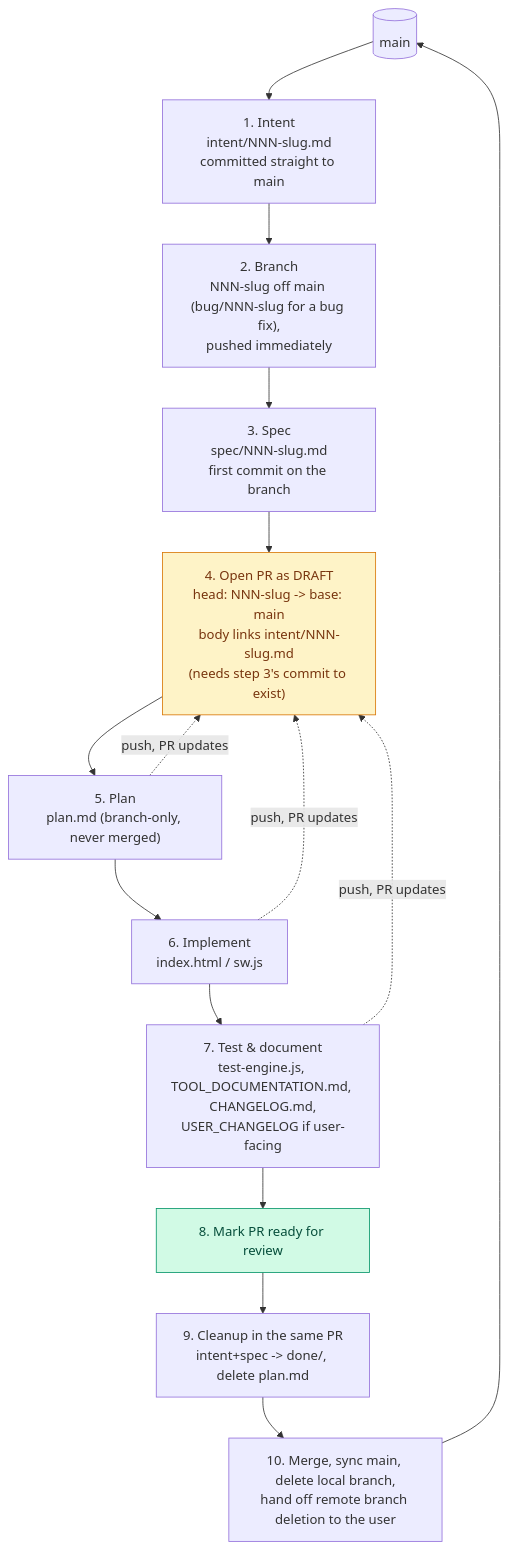
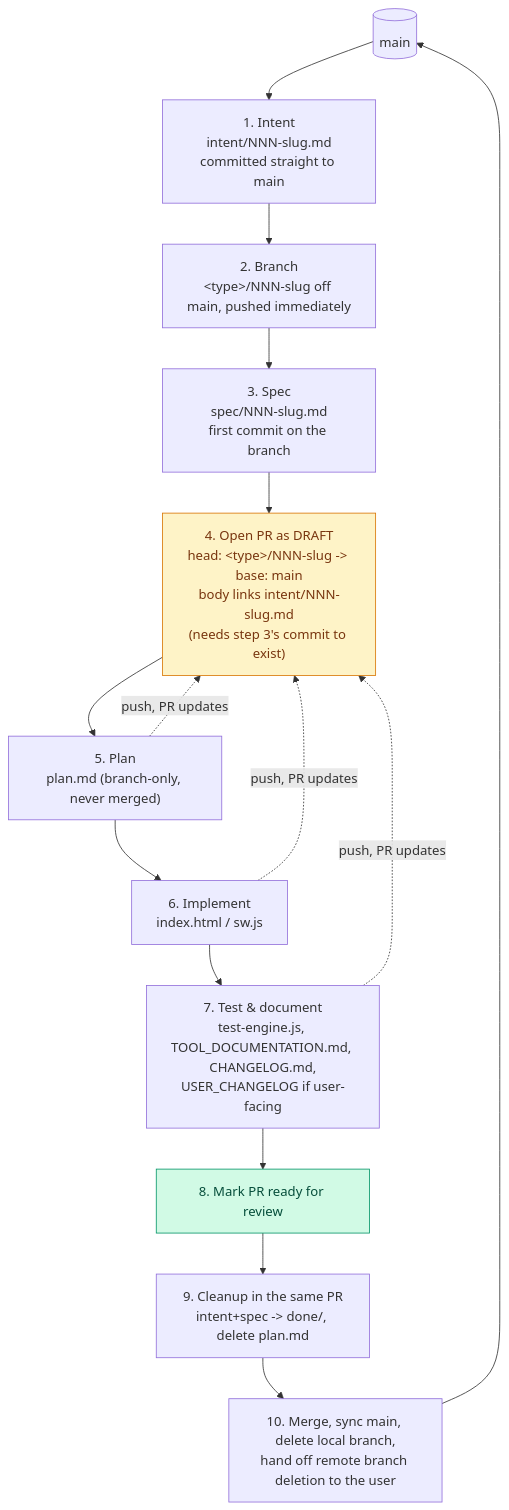
One commit to aggallim/retirement-planner changed the diagram in CONTRIBUTING.md. Above: the diagram before and after it, drawn with Mermaid. The commit also changed other lines of this file and 8 other files, not shown here.

First line of the commit message:
Dev workflow improvements: Conventional Branch, branch protection, grill-me intent gathering, repo skills (#10)

````diff
--- a/CONTRIBUTING.md
+++ b/CONTRIBUTING.md
@@ -93,26 +100,26 @@
 ```mermaid
 flowchart TD
     Main[("main")]
     Intent["1. Intent\nintent/NNN-slug.md\ncommitted straight to main"]
-    Branch["2. Branch\nNNN-slug off main (bug/NNN-slug for a bug fix),\npushed immediately"]
+    Branch["2. Branch\n&lt;type&gt;/NNN-slug off main, pushed immediately"]
     Spec["3. Spec\nspec/NNN-slug.md\nfirst commit on the branch"]
-    PR["4. Open PR as DRAFT\nhead: NNN-slug -> base: main\nbody links intent/NNN-slug.md\n(needs step 3's commit to exist)"]
+    PR["4. Open PR as DRAFT\nhead: &lt;type&gt;/NNN-slug -> base: main\nbody links intent/NNN-slug.md\n(needs step 3's commit to exist)"]
     Plan["5. Plan\nplan.md (branch-only, never merged)"]
     Impl["6. Implement\nindex.html / sw.js"]
     Docs["7. Test & document\ntest-engine.js, TOOL_DOCUMENTATION.md, CHANGELOG.md,\nUSER_CHANGELOG if user-facing"]
     Ready["8. Mark PR ready for review"]
     Cleanup["9. Cleanup in the same PR\nintent+spec -> done/, delete plan.md"]
     Merge["10. Merge, sync main, delete local branch,\nhand off remote branch deletion to the user"]
 
     Main --> Intent --> Branch --> Spec --> PR
     PR --> Plan --> Impl --> Docs --> Ready --> Cleanup --> Merge --> Main
 
     Plan -. push, PR updates .-> PR
     Impl -. push, PR updates .-> PR
     Docs -. push, PR updates .-> PR
 
     classDef pr fill:#fef3c7,stroke:#d97706,color:#78350f;
     classDef ready fill:#d1fae5,stroke:#059669,color:#064e3b;
     class PR pr;
     class Ready ready;
 ```
````
